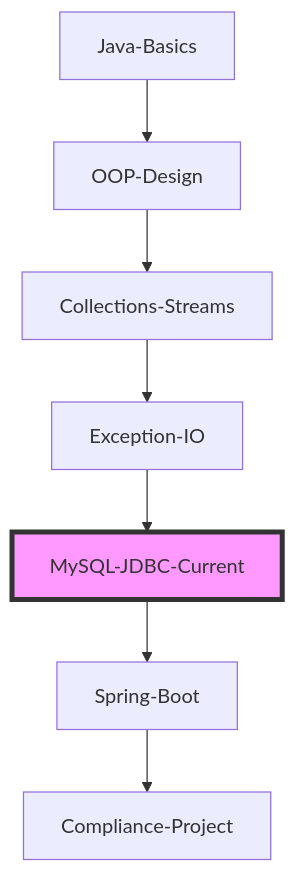
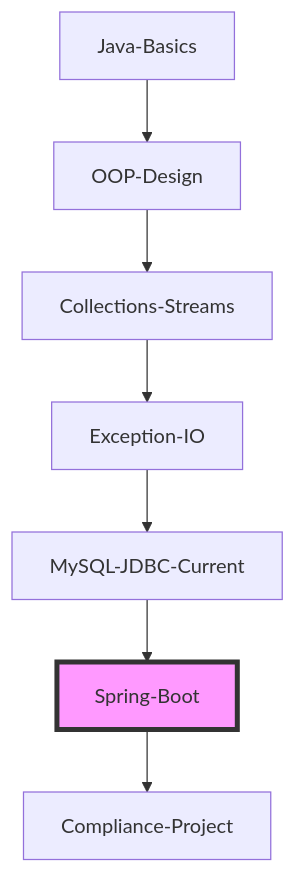
Before and after one commit to Wenjian-Liu/Compliance-Tech-Logic: the diagram in README.md, drawn with Mermaid.

````diff
--- a/README.md
+++ b/README.md
@@ -284,10 +284,10 @@
 ```mermaid
 graph TD
 A[Java-Basics]-->B[OOP-Design]
 B-->C[Collections-Streams]
 C-->D[Exception-IO]
 D-->E[MySQL-JDBC-Current]
 E-->F[Spring-Boot]
 F-->G[Compliance-Project]
-style E fill:#f9f,stroke:#333,stroke-width:4px
+style F fill:#f9f,stroke:#333,stroke-width:4px
 ```
````
